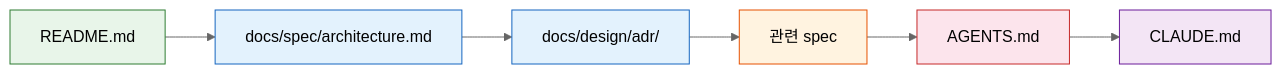
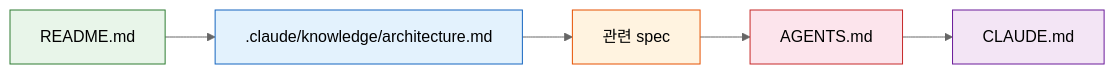
One commit to dongwonkwak/luagate changed the diagram in CONTRIBUTING.md. Above: the diagram before and after it, drawn with Mermaid (neutral theme). The commit also changed other lines of this file, not shown here.

Commit message:
docs(contributing): align reading order with doc-strategy canonical flow [DON-242]

````diff
--- a/CONTRIBUTING.md
+++ b/CONTRIBUTING.md
@@ -11,15 +11,13 @@
 ```mermaid
 flowchart LR
-    A[README.md] --> B[docs/spec/architecture.md]
-    B --> C[docs/design/adr/]
-    C --> D[관련 spec]
-    D --> E[AGENTS.md]
-    E --> F[CLAUDE.md]
+    A[README.md] --> B[.claude/knowledge/architecture.md]
+    B --> C[관련 spec]
+    C --> D[AGENTS.md]
+    D --> E[CLAUDE.md]
 
     style A fill:#e8f5e9,stroke:#2e7d32
     style B fill:#e3f2fd,stroke:#1565c0
-    style C fill:#e3f2fd,stroke:#1565c0
-    style D fill:#fff3e0,stroke:#e65100
-    style E fill:#fce4ec,stroke:#c62828
-    style F fill:#f3e5f5,stroke:#6a1b9a
+    style C fill:#fff3e0,stroke:#e65100
+    style D fill:#fce4ec,stroke:#c62828
+    style E fill:#f3e5f5,stroke:#6a1b9a
 ```
````
